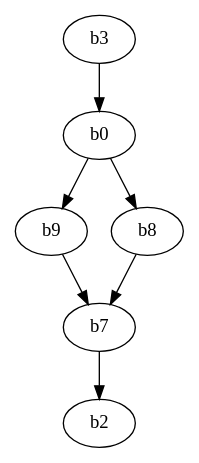
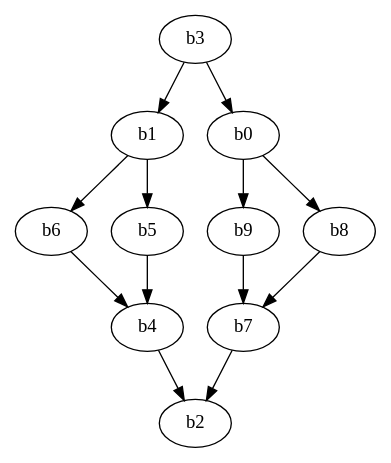
Before and after one commit to JoelWAnna/MiniOptimizingCompiler: the diagram in MiniOptIm3/before.dot, drawn with Graphviz. The commit also changed 16 other files, not shown here.

```diff
--- a/MiniOptIm3/before.dot
+++ b/MiniOptIm3/before.dot
@@ -1,9 +1,15 @@
 digraph MIL {
   b3;
+  b3 -> b1;
+  b1 -> b6;
+  b1 -> b5;
+  b6 -> b4;
+  b5 -> b4;
   b3 -> b0;
   b0 -> b9;
   b0 -> b8;
   b9 -> b7;
   b8 -> b7;
+  b4 -> b2;
   b7 -> b2;
 }
```
